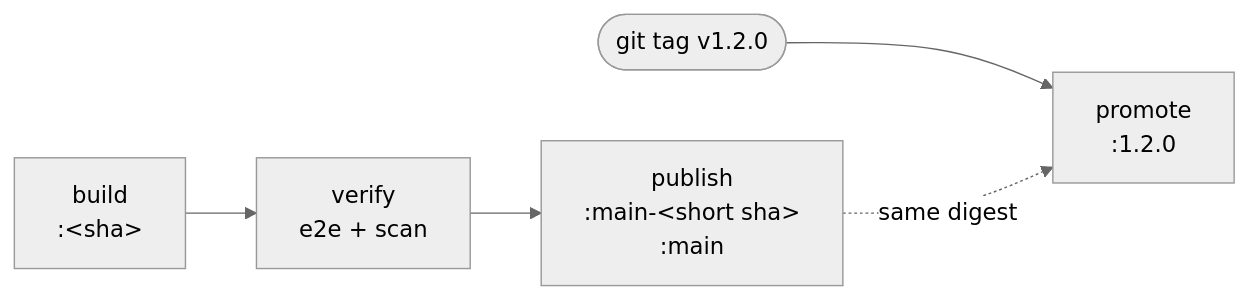
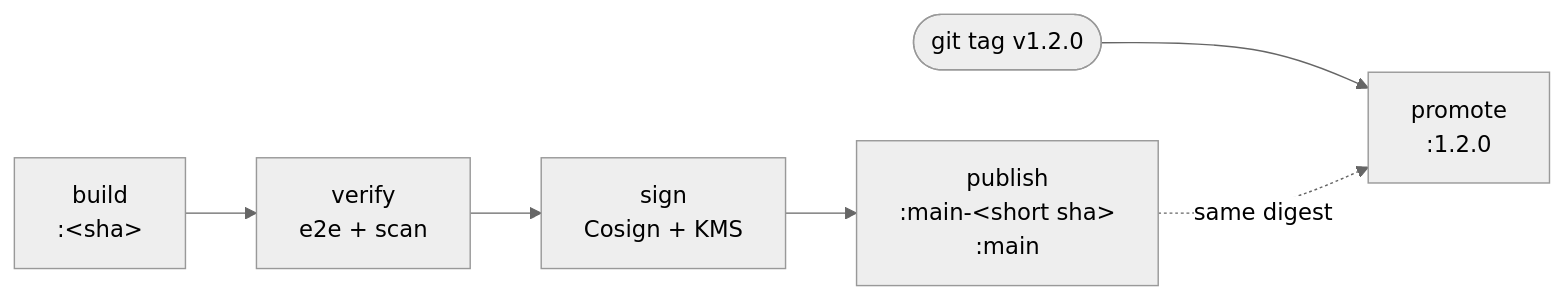
The diagram in docs/en/CI.md (LifeLifeOne/votely), drawn with Mermaid (neutral theme) before and after one commit. The commit also changed other lines of this file and 5 other files, not shown here.

````diff
--- a/docs/en/CI.md
+++ b/docs/en/CI.md
@@ -165,6 +169,6 @@
 ```mermaid
 flowchart LR
-    build["build<br/>:&lt;sha&gt;"] --> verify["verify<br/>e2e + scan"] --> publish["publish<br/>:main-&lt;short sha&gt;<br/>:main"]
+    build["build<br/>:&lt;sha&gt;"] --> verify["verify<br/>e2e + scan"] --> sign["sign<br/>Cosign + KMS"] --> publish["publish<br/>:main-&lt;short sha&gt;<br/>:main"]
     tag(["git tag v1.2.0"]) --> promote["promote<br/>:1.2.0"]
     publish -. same digest .-> promote
 ```
````
